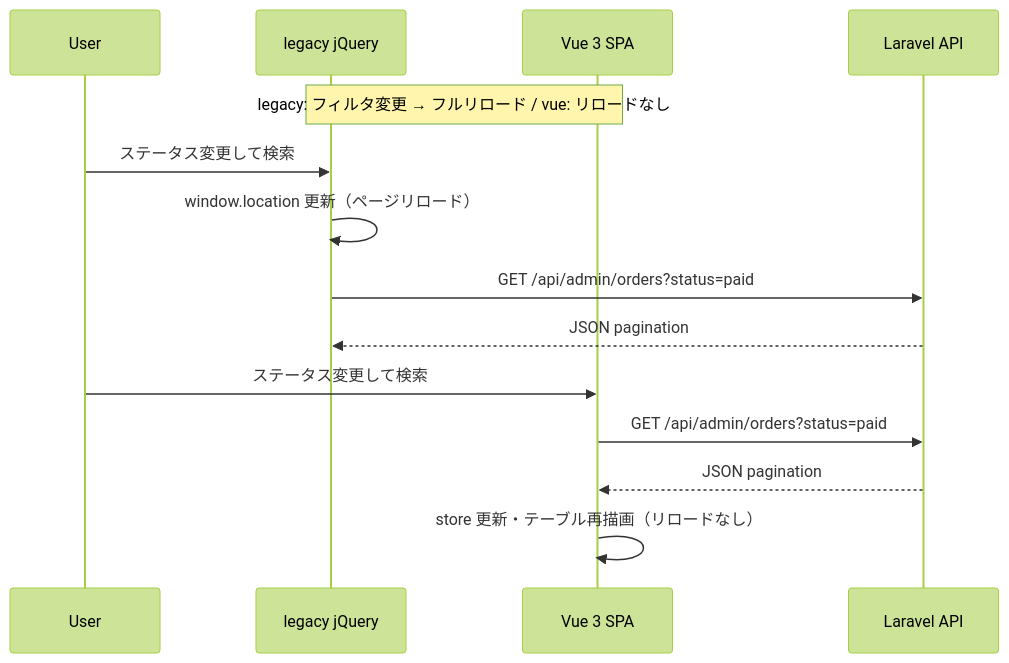
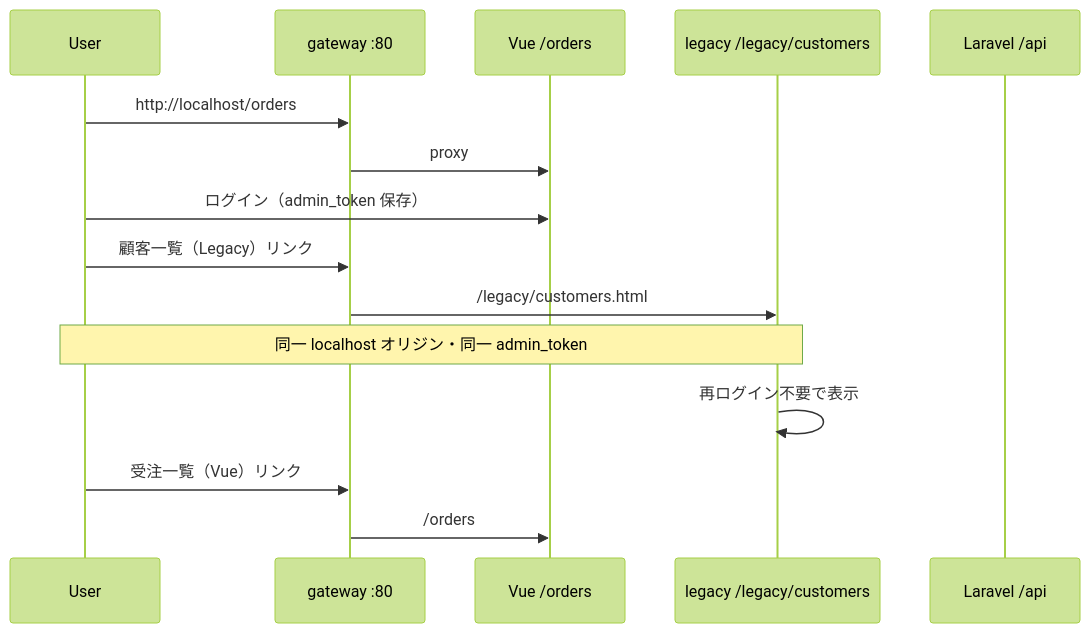
The second of 2 diagrams in README.md (tetsushi-k/vue-admin-replace), drawn with Mermaid (forest theme) before and after one commit. The commit also changed other lines of this file, not shown here.

Commit message:
docs: README のアクセス手順を localhost 統一に更新

````diff
--- a/README.md
+++ b/README.md
@@ -50,19 +57,18 @@
 ```mermaid
 sequenceDiagram
   participant U as User
-  participant L as legacy jQuery
-  participant V as Vue 3 SPA
-  participant API as Laravel API
+  participant G as gateway :80
+  participant V as Vue /orders
+  participant L as legacy /legacy/customers
+  participant API as Laravel /api
 
-  Note over L,V: legacy: フィルタ変更 → フルリロード / vue: リロードなし
-
-  U->>L: ステータス変更して検索
-  L->>L: window.location 更新（ページリロード）
-  L->>API: GET /api/admin/orders?status=paid
-  API-->>L: JSON pagination
-
-  U->>V: ステータス変更して検索
-  V->>API: GET /api/admin/orders?status=paid
-  API-->>V: JSON pagination
-  V->>V: store 更新・テーブル再描画（リロードなし）
+  U->>G: http://localhost/orders
+  G->>V: proxy
+  U->>V: ログイン（admin_token 保存）
+  U->>G: 顧客一覧（Legacy）リンク
+  G->>L: /legacy/customers.html
+  Note over U,L: 同一 localhost オリジン・同一 admin_token
+  L->>L: 再ログイン不要で表示
+  U->>G: 受注一覧（Vue）リンク
+  G->>V: /orders
 ```
````
